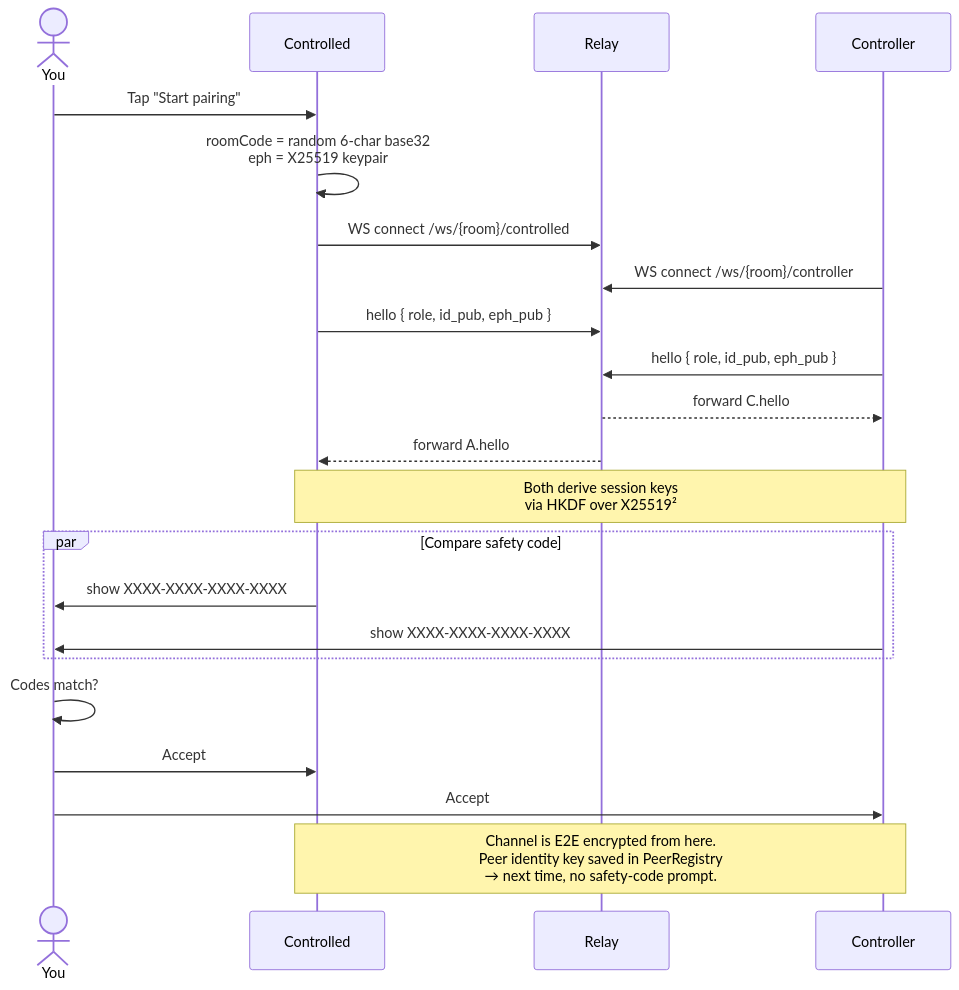
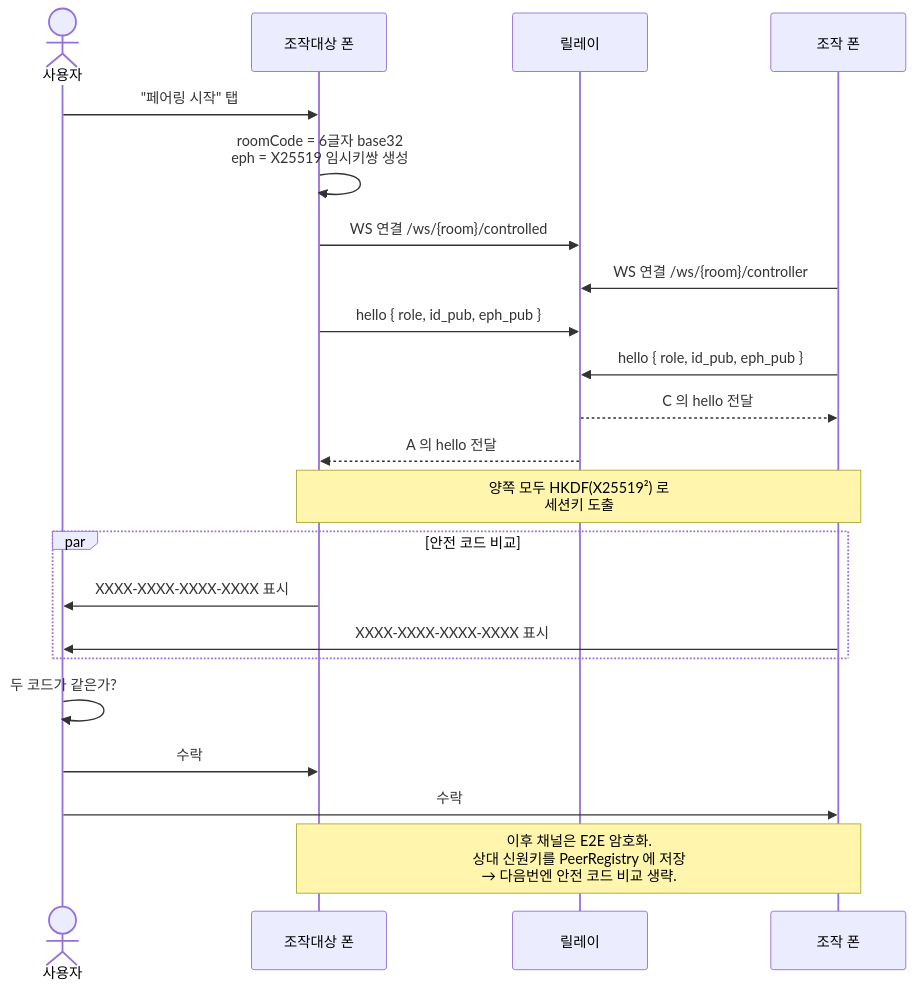
Before and after one commit to dnr6419/paperclip: the third of 4 diagrams in android-remote/README.md, drawn with Mermaid. The commit also changed other lines of this file, not shown here.

````diff
--- a/android-remote/README.md
+++ b/android-remote/README.md
@@ -101,27 +98,27 @@
 ```mermaid
 sequenceDiagram
-    actor U as You
-    participant C as Controlled
-    participant R as Relay
-    participant A as Controller
+    actor U as 사용자
+    participant C as 조작대상 폰
+    participant R as 릴레이
+    participant A as 조작 폰
 
-    U->>C: Tap "Start pairing"
-    C->>C: roomCode = random 6-char base32<br/>eph = X25519 keypair
-    C->>R: WS connect /ws/{room}/controlled
-    A->>R: WS connect /ws/{room}/controller
+    U->>C: "페어링 시작" 탭
+    C->>C: roomCode = 6글자 base32<br/>eph = X25519 임시키쌍 생성
+    C->>R: WS 연결 /ws/{room}/controlled
+    A->>R: WS 연결 /ws/{room}/controller
     C->>R: hello { role, id_pub, eph_pub }
     A->>R: hello { role, id_pub, eph_pub }
-    R-->>A: forward C.hello
-    R-->>C: forward A.hello
-    Note over C,A: Both derive session keys<br/>via HKDF over X25519²
+    R-->>A: C 의 hello 전달
+    R-->>C: A 의 hello 전달
+    Note over C,A: 양쪽 모두 HKDF(X25519²) 로<br/>세션키 도출
 
-    par Compare safety code
-        C->>U: show XXXX-XXXX-XXXX-XXXX
-        A->>U: show XXXX-XXXX-XXXX-XXXX
+    par 안전 코드 비교
+        C->>U: XXXX-XXXX-XXXX-XXXX 표시
+        A->>U: XXXX-XXXX-XXXX-XXXX 표시
     end
-    U->>U: Codes match?
-    U->>C: Accept
-    U->>A: Accept
+    U->>U: 두 코드가 같은가?
+    U->>C: 수락
+    U->>A: 수락
 
-    Note over C,A: Channel is E2E encrypted from here.<br/>Peer identity key saved in PeerRegistry<br/>→ next time, no safety-code prompt.
+    Note over C,A: 이후 채널은 E2E 암호화.<br/>상대 신원키를 PeerRegistry 에 저장<br/>→ 다음번엔 안전 코드 비교 생략.
 ```
````
